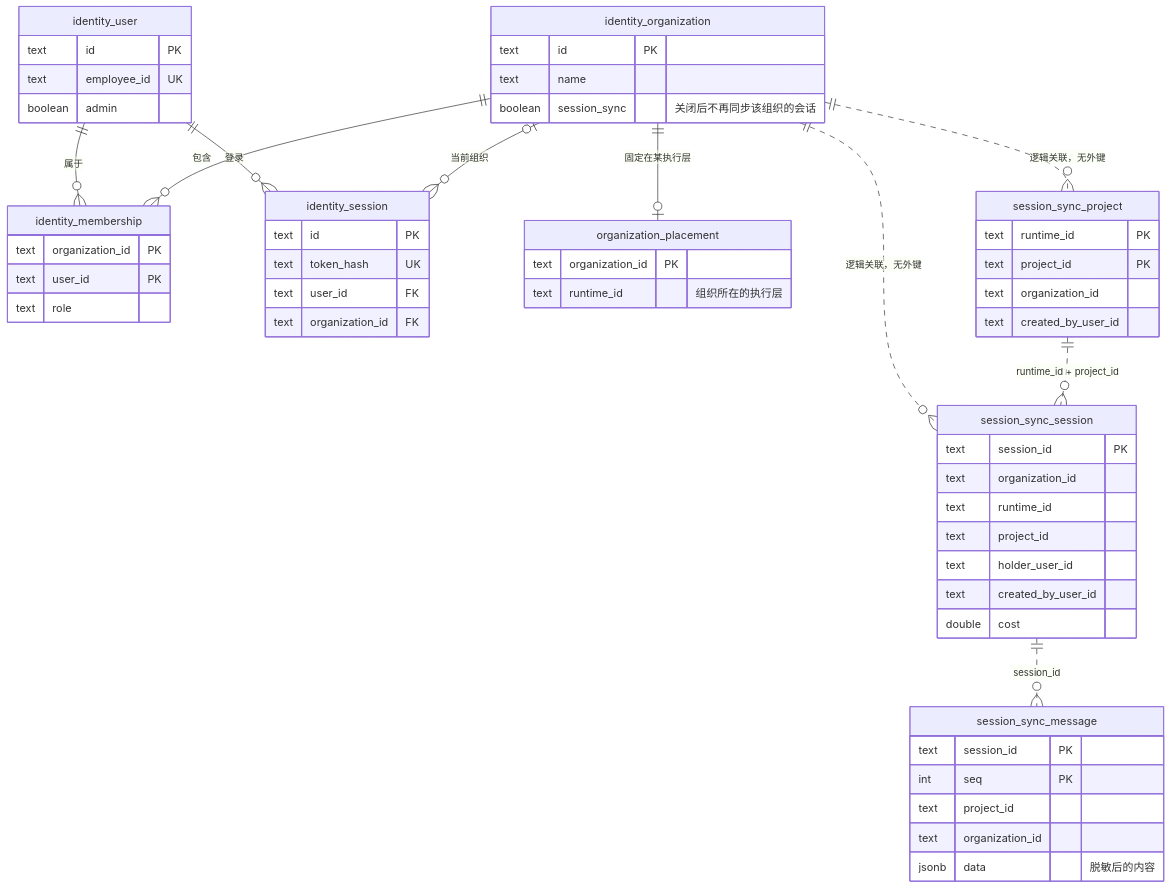
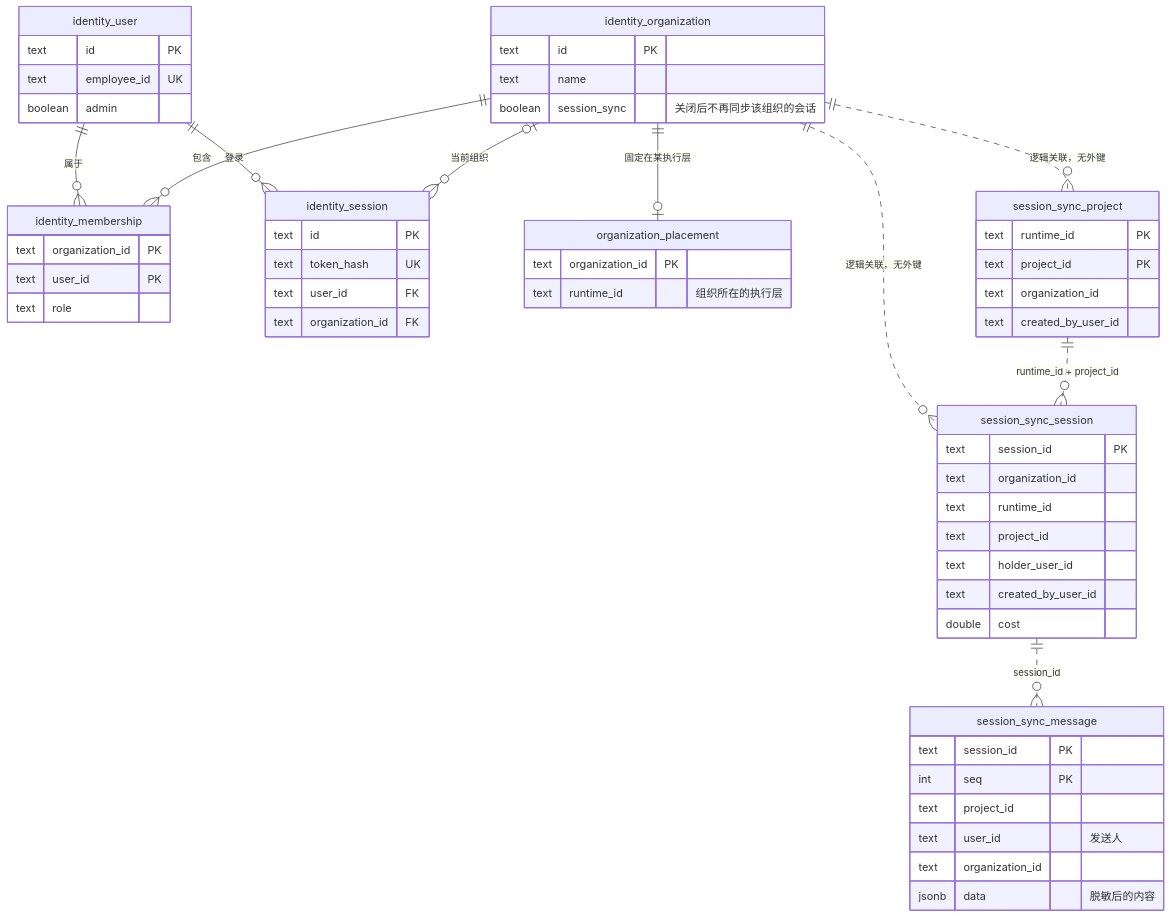
The third of 3 diagrams in README.md (JackLuguibin/opencode-ex), drawn with Mermaid before and after one commit. The commit also changed other lines of this file and 17 other files, not shown here.

````diff
--- a/README.md
+++ b/README.md
@@ -129,60 +129,61 @@
 ```mermaid
 erDiagram
     identity_user ||--o{ identity_membership : "属于"
     identity_organization ||--o{ identity_membership : "包含"
     identity_user ||--o{ identity_session : "登录"
     identity_organization |o--o{ identity_session : "当前组织"
     identity_organization ||--o| organization_placement : "固定在某执行层"
     identity_organization ||..o{ session_sync_project : "逻辑关联，无外键"
     identity_organization ||..o{ session_sync_session : "逻辑关联，无外键"
     session_sync_project ||..o{ session_sync_session : "runtime_id + project_id"
     session_sync_session ||..o{ session_sync_message : "session_id"
 
     identity_user {
         text id PK
         text employee_id UK
         boolean admin
     }
     identity_organization {
         text id PK
         text name
         boolean session_sync "关闭后不再同步该组织的会话"
     }
     identity_membership {
         text organization_id PK
         text user_id PK
         text role
     }
     identity_session {
         text id PK
         text token_hash UK
         text user_id FK
         text organization_id FK
     }
     organization_placement {
         text organization_id PK
         text runtime_id "组织所在的执行层"
     }
     session_sync_project {
         text runtime_id PK
         text project_id PK
         text organization_id
         text created_by_user_id
     }
     session_sync_session {
         text session_id PK
         text organization_id
         text runtime_id
         text project_id
         text holder_user_id
         text created_by_user_id
         double cost
     }
     session_sync_message {
         text session_id PK
         int seq PK
         text project_id
+        text user_id "发送人"
         text organization_id
         jsonb data "脱敏后的内容"
     }
 ```
````
